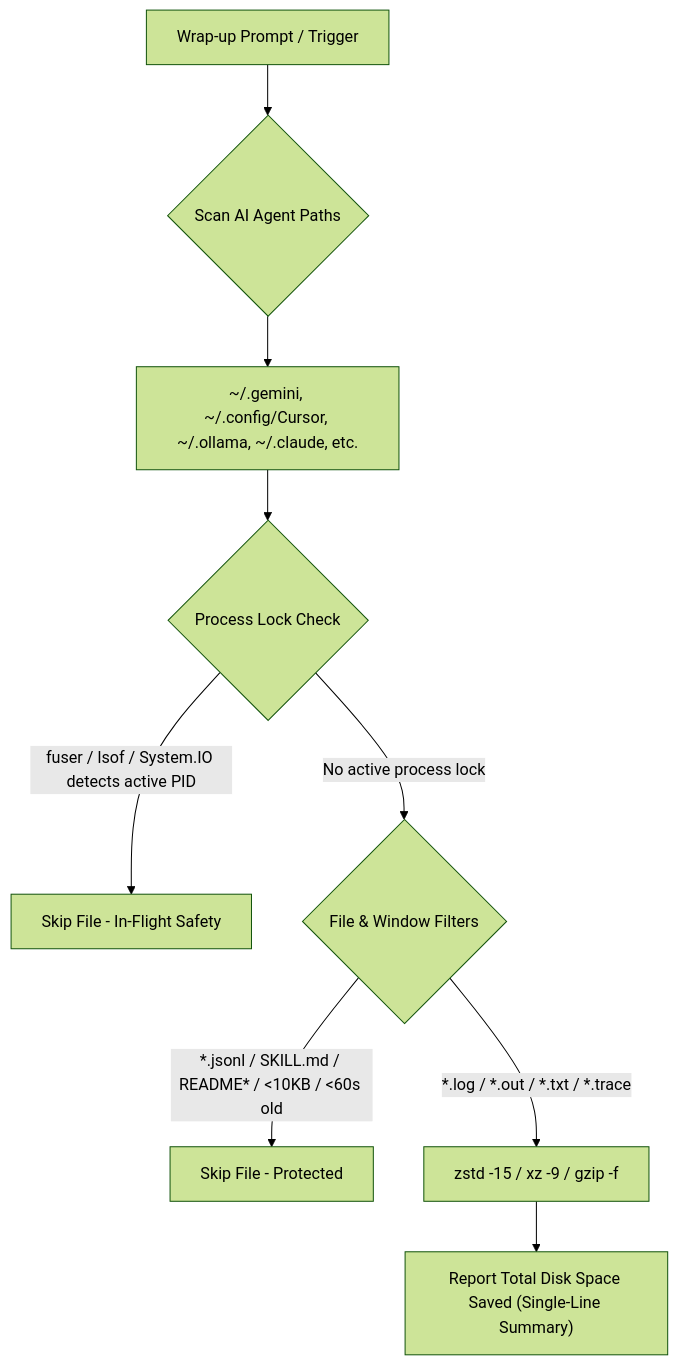
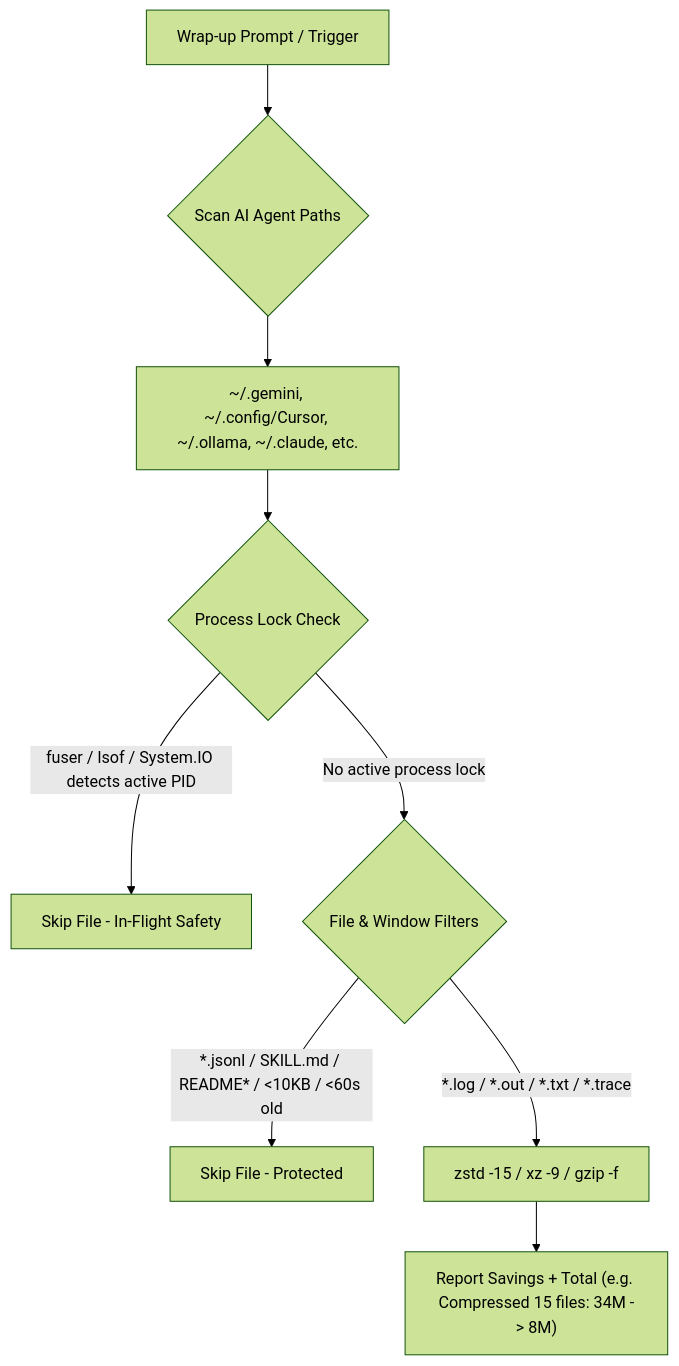
Before and after one commit to sebin-gg/zlog: the diagram in README.md, drawn with Mermaid (forest theme). The commit also changed other lines of this file and 1 other file, not shown here.

````diff
--- a/README.md
+++ b/README.md
@@ -56,11 +57,11 @@
 ```mermaid
 graph TD
     A["Wrap-up Prompt / Trigger"] --> B{"Scan AI Agent Paths"}
     B --> C["~/.gemini, ~/.config/Cursor, ~/.ollama, ~/.claude, etc."]
     C --> D{"Process Lock Check"}
     D -- "fuser / lsof / System.IO detects active PID" --> E["Skip File - In-Flight Safety"]
     D -- "No active process lock" --> F{"File & Window Filters"}
     F -- "*.jsonl / SKILL.md / README* / <10KB / <60s old" --> G["Skip File - Protected"]
     F -- "*.log / *.out / *.txt / *.trace" --> H["zstd -15 / xz -9 / gzip -f"]
-    H --> I["Report Total Disk Space Saved (Single-Line Summary)"]
+    H --> I["Report Savings + Total (e.g. Compressed 15 files: 34M -> 8M)"]
 ```
````
